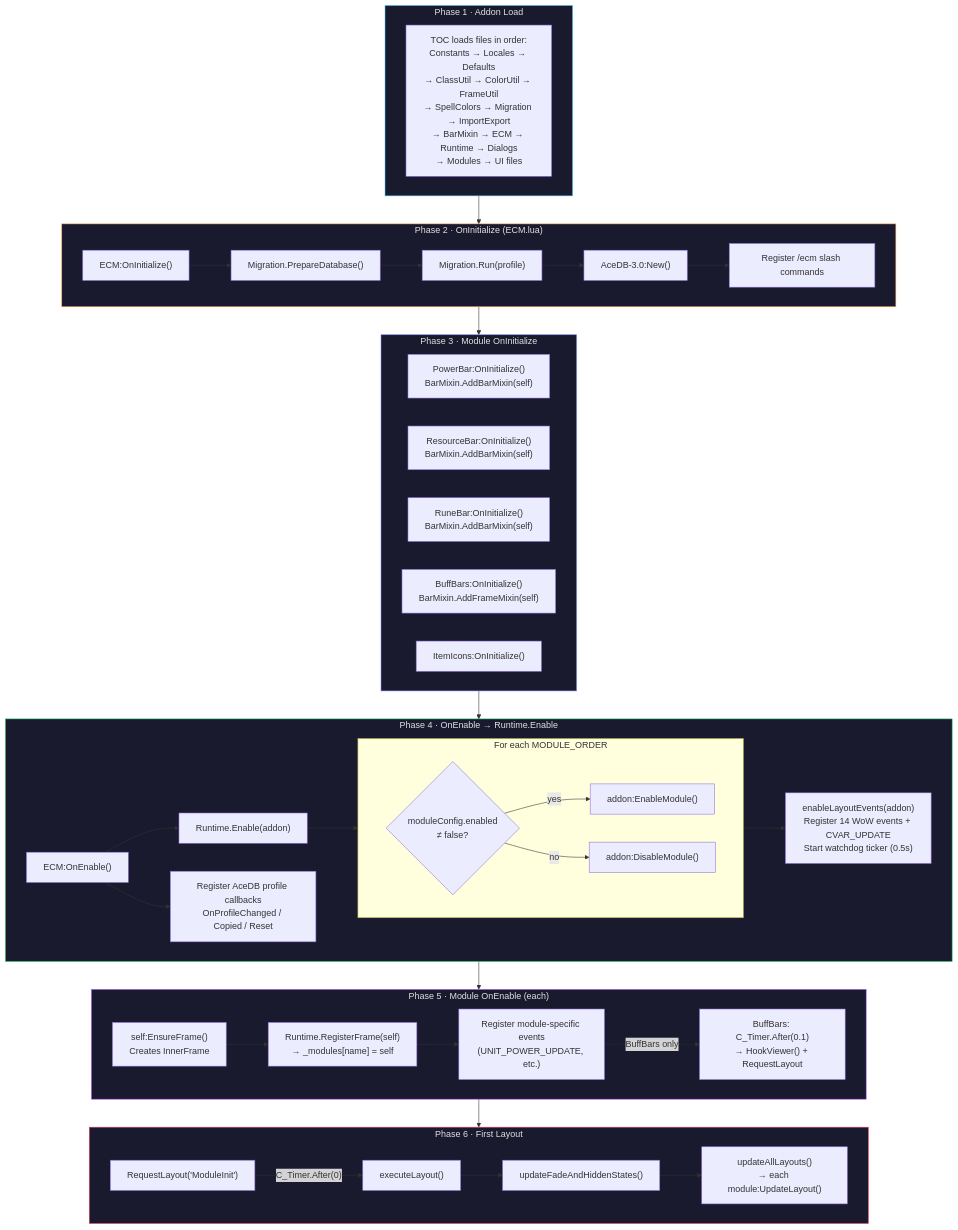
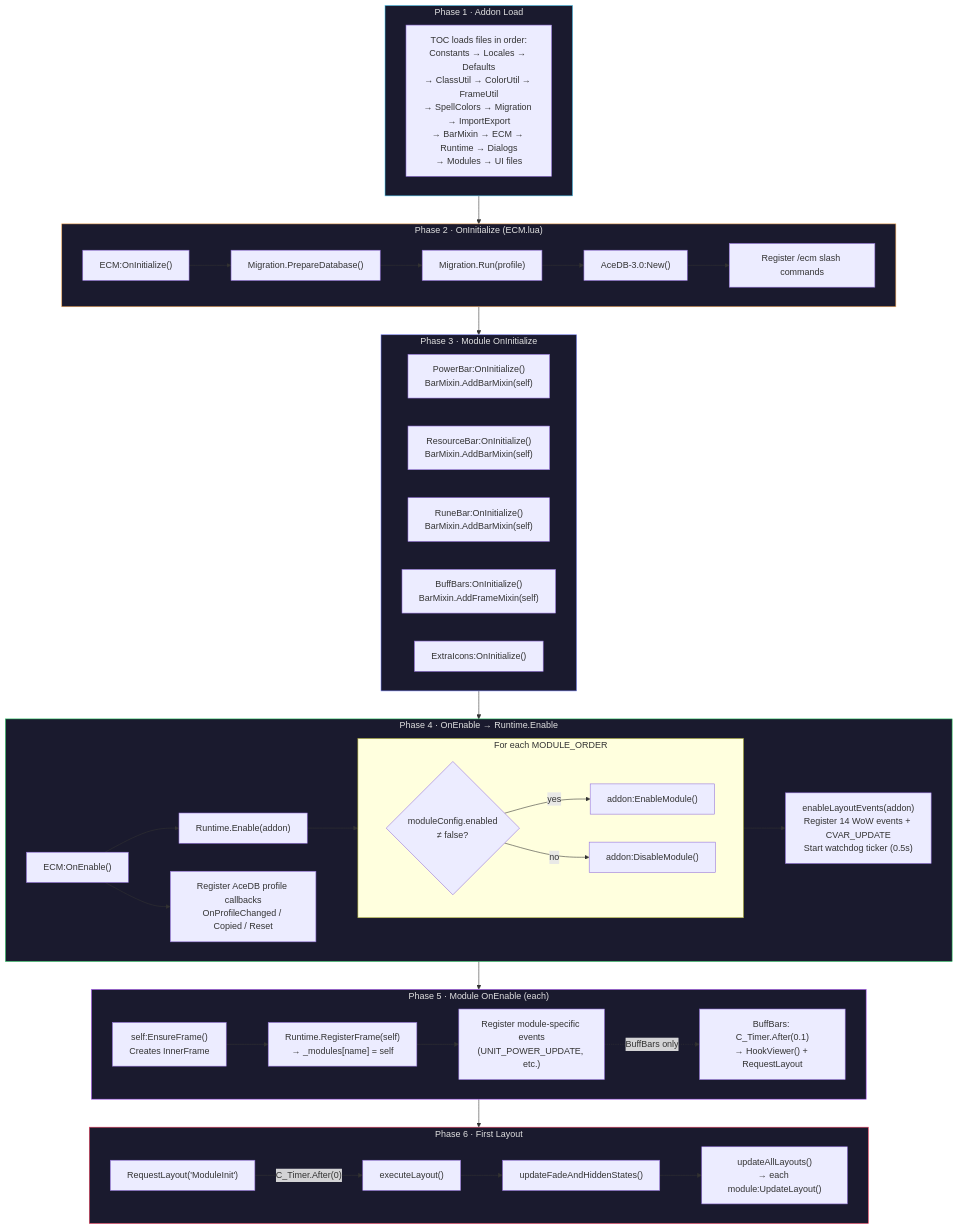
Before and after one commit to argium/EnhancedCooldownManager: the first of 3 diagrams in ARCHITECTURE.md, drawn with Mermaid. The commit also changed other lines of this file and 18 other files, not shown here.

Commit message:
Extra icons inital commit.

````diff
--- a/ARCHITECTURE.md
+++ b/ARCHITECTURE.md
@@ -10,69 +10,69 @@
 ```mermaid
 flowchart TD
     subgraph LOAD["Phase 1 · Addon Load"]
         TOC["TOC loads files in order:<br/>Constants → Locales → Defaults<br/>→ ClassUtil → ColorUtil → FrameUtil<br/>→ SpellColors → Migration → ImportExport<br/>→ BarMixin → ECM → Runtime → Dialogs<br/>→ Modules → UI files"]
     end
 
     subgraph INIT["Phase 2 · OnInitialize (ECM.lua)"]
         ECM_INIT["ECM:OnInitialize()"]
         MIG_PREP["Migration.PrepareDatabase()"]
         MIG_RUN["Migration.Run(profile)"]
         ACE_DB["AceDB-3.0:New()"]
         SLASH["Register /ecm slash commands"]
         ECM_INIT --> MIG_PREP --> MIG_RUN --> ACE_DB --> SLASH
     end
 
     subgraph MOD_INIT["Phase 3 · Module OnInitialize"]
         PB_INIT["PowerBar:OnInitialize()<br/>BarMixin.AddBarMixin(self)"]
         RB_INIT["ResourceBar:OnInitialize()<br/>BarMixin.AddBarMixin(self)"]
         RUNE_INIT["RuneBar:OnInitialize()<br/>BarMixin.AddBarMixin(self)"]
         BB_INIT["BuffBars:OnInitialize()<br/>BarMixin.AddFrameMixin(self)"]
-        II_INIT["ItemIcons:OnInitialize()"]
+        II_INIT["ExtraIcons:OnInitialize()"]
     end
 
     subgraph ENABLE["Phase 4 · OnEnable → Runtime.Enable"]
         ECM_EN["ECM:OnEnable()"]
         RT_EN["Runtime.Enable(addon)"]
         PROF_CB["Register AceDB profile callbacks<br/>OnProfileChanged / Copied / Reset"]
 
         subgraph MOD_EN["For each MODULE_ORDER"]
             direction LR
             CHECK{"moduleConfig.enabled<br/>≠ false?"}
             DO_EN["addon:EnableModule()"]
             DO_DIS["addon:DisableModule()"]
             CHECK -->|yes| DO_EN
             CHECK -->|no| DO_DIS
         end
 
         LAYOUT_EV["enableLayoutEvents(addon)<br/>Register 14 WoW events + CVAR_UPDATE<br/>Start watchdog ticker (0.5s)"]
 
         ECM_EN --> RT_EN --> MOD_EN --> LAYOUT_EV
         ECM_EN --> PROF_CB
     end
 
     subgraph MOD_ENABLE["Phase 5 · Module OnEnable (each)"]
         ENSURE["self:EnsureFrame()<br/>Creates InnerFrame"]
         REG_FRAME["Runtime.RegisterFrame(self)<br/>→ _modules[name] = self"]
         REG_EVENTS["Register module-specific events<br/>(UNIT_POWER_UPDATE, etc.)"]
         HOOK_BB["BuffBars: C_Timer.After(0.1)<br/>→ HookViewer() + RequestLayout"]
         ENSURE --> REG_FRAME --> REG_EVENTS
         REG_EVENTS -.->|BuffBars only| HOOK_BB
     end
 
     subgraph FIRST["Phase 6 · First Layout"]
         REQ["RequestLayout('ModuleInit')"]
         EXEC["executeLayout()"]
         FADE["updateFadeAndHiddenStates()"]
         ALL_LAY["updateAllLayouts()<br/>→ each module:UpdateLayout()"]
         REQ -->|"C_Timer.After(0)"| EXEC --> FADE --> ALL_LAY
     end
 
     LOAD --> INIT --> MOD_INIT --> ENABLE --> MOD_ENABLE --> FIRST
 
     style LOAD fill:#1a1a2e,stroke:#4cc9f0,color:#e0e0e0
     style INIT fill:#1a1a2e,stroke:#f7a855,color:#e0e0e0
     style MOD_INIT fill:#1a1a2e,stroke:#7a84f7,color:#e0e0e0
     style ENABLE fill:#1a1a2e,stroke:#22c55e,color:#e0e0e0
     style MOD_ENABLE fill:#1a1a2e,stroke:#a855f7,color:#e0e0e0
     style FIRST fill:#1a1a2e,stroke:#f43f5e,color:#e0e0e0
 ```
````
